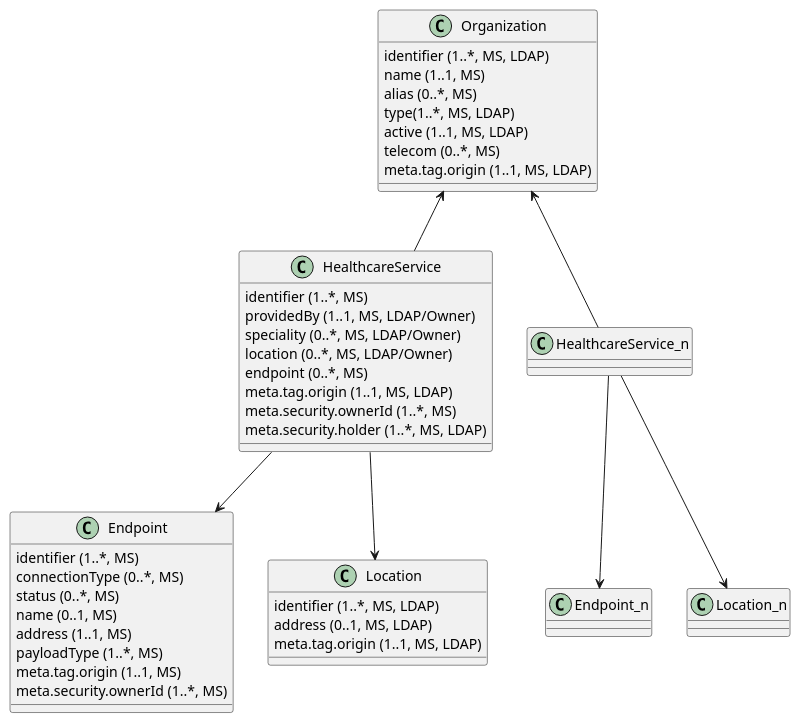
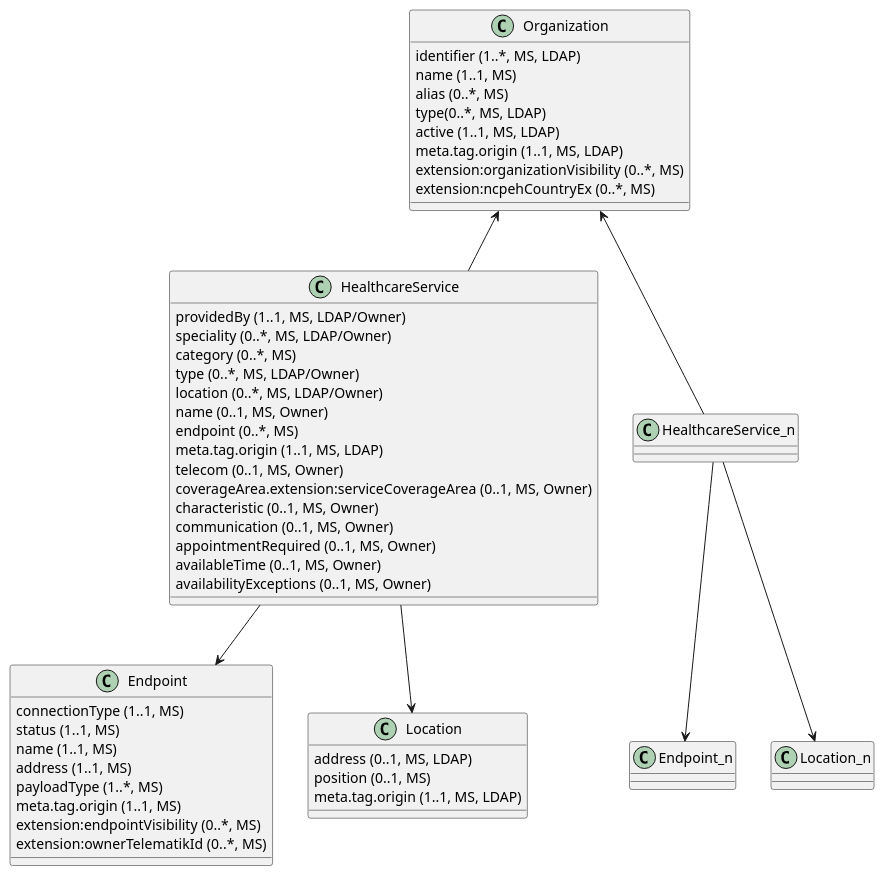
Before and after one commit to gematik/api-vzd: the diagram in src/plantuml/ClassDiagram.OrganizationDirectory.puml, drawn with PlantUML.

Commit message:
Update entsprechend Simplifier Profil
Attribute und Kardinalitäten aktualisiert

```diff
--- a/src/plantuml/ClassDiagram.OrganizationDirectory.puml
+++ b/src/plantuml/ClassDiagram.OrganizationDirectory.puml
@@ -1,49 +1,56 @@
 @startuml
  
 class Organization {
   {field} identifier (1..*, MS, LDAP)
   {field} name (1..1, MS)
   {field} alias (0..*, MS)
-  {field} type(1..*, MS, LDAP)
+  {field} type(0..*, MS, LDAP)
   {field} active (1..1, MS, LDAP)
-  {field} telecom (0..*, MS)
   {field} meta.tag.origin (1..1, MS, LDAP)
+  {field} extension:organizationVisibility (0..*, MS)  
+  {field} extension:ncpehCountryEx (0..*, MS)  
 }
  
 class HealthcareService {
-  {field} identifier (1..*, MS)
   {field} providedBy (1..1, MS, LDAP/Owner)
   {field} speciality (0..*, MS, LDAP/Owner)
+  {field} category (0..*, MS)
+  {field} type (0..*, MS, LDAP/Owner)
   {field} location (0..*, MS, LDAP/Owner)
+  {field} name (0..1, MS, Owner)  
   {field} endpoint (0..*, MS)
   {field} meta.tag.origin (1..1, MS, LDAP)
-  {field} meta.security.ownerId (1..*, MS)
-  {field} meta.security.holder (1..*, MS, LDAP)
+  {field} telecom (0..1, MS, Owner) 
+  {field} coverageArea.extension:serviceCoverageArea (0..1, MS, Owner)  
+  {field} characteristic (0..1, MS, Owner)   
+  {field} communication (0..1, MS, Owner)   
+  {field} appointmentRequired (0..1, MS, Owner)   
+  {field} availableTime (0..1, MS, Owner) 
+  {field} availabilityExceptions (0..1, MS, Owner)   
 }
  
 class Endpoint {
-  {field} identifier (1..*, MS)
-  {field} connectionType (0..*, MS)
-  {field} status (0..*, MS)
-  {field} name (0..1, MS)
+  {field} connectionType (1..1, MS)
+  {field} status (1..1, MS)
+  {field} name (1..1, MS)
   {field} address (1..1, MS)
   {field} payloadType (1..*, MS)
   {field} meta.tag.origin (1..1, MS)
-  {field} meta.security.ownerId (1..*, MS)
+  {field} extension:endpointVisibility (0..*, MS)
+  {field} extension:ownerTelematikId (0..*, MS)
 }
- 
 class Location {
-  {field} identifier (1..*, MS, LDAP)
   {field} address (0..1, MS, LDAP)
+  {field} position (0..1, MS)  
   {field} meta.tag.origin (1..1, MS, LDAP)
 }
  
 Organization <-- HealthcareService
 HealthcareService --> Endpoint
 HealthcareService --> Location
  
 Organization <-- HealthcareService_n
 HealthcareService_n --> Endpoint_n
 HealthcareService_n --> Location_n
  
 @enduml
```
